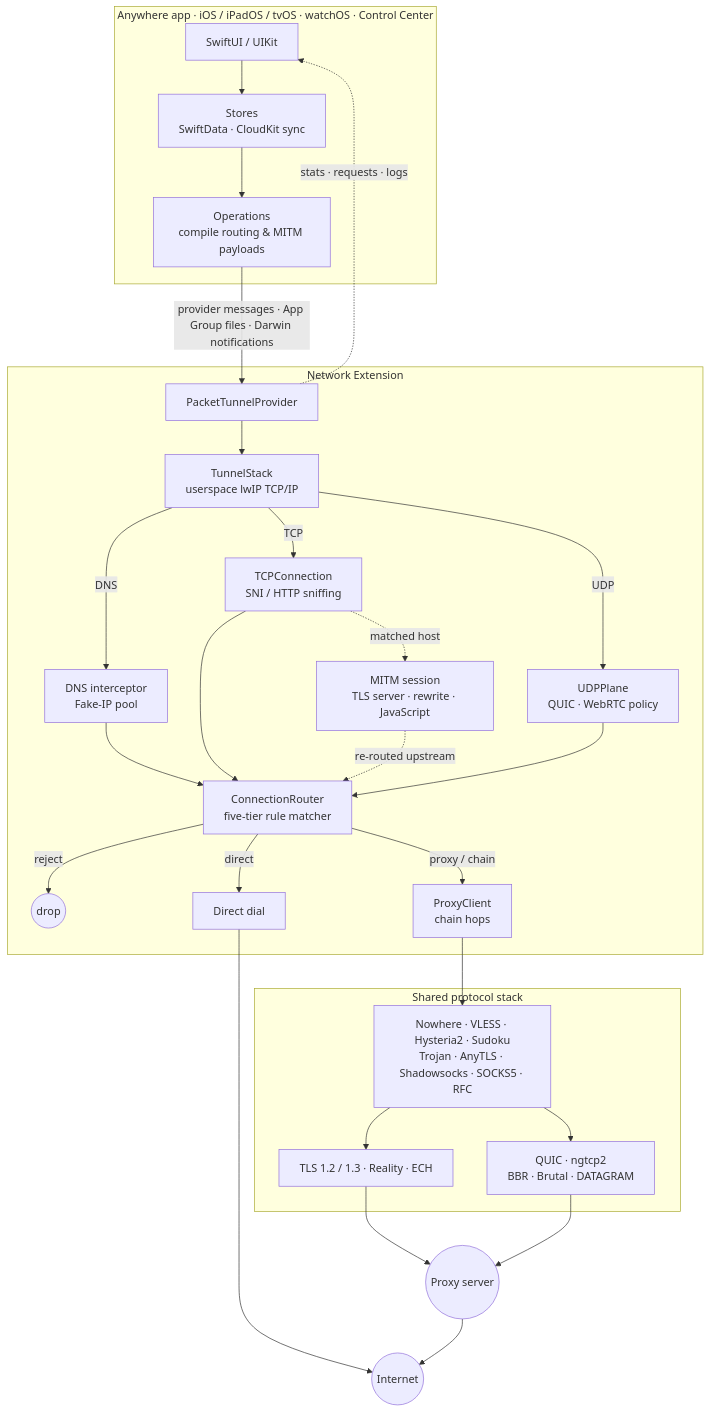
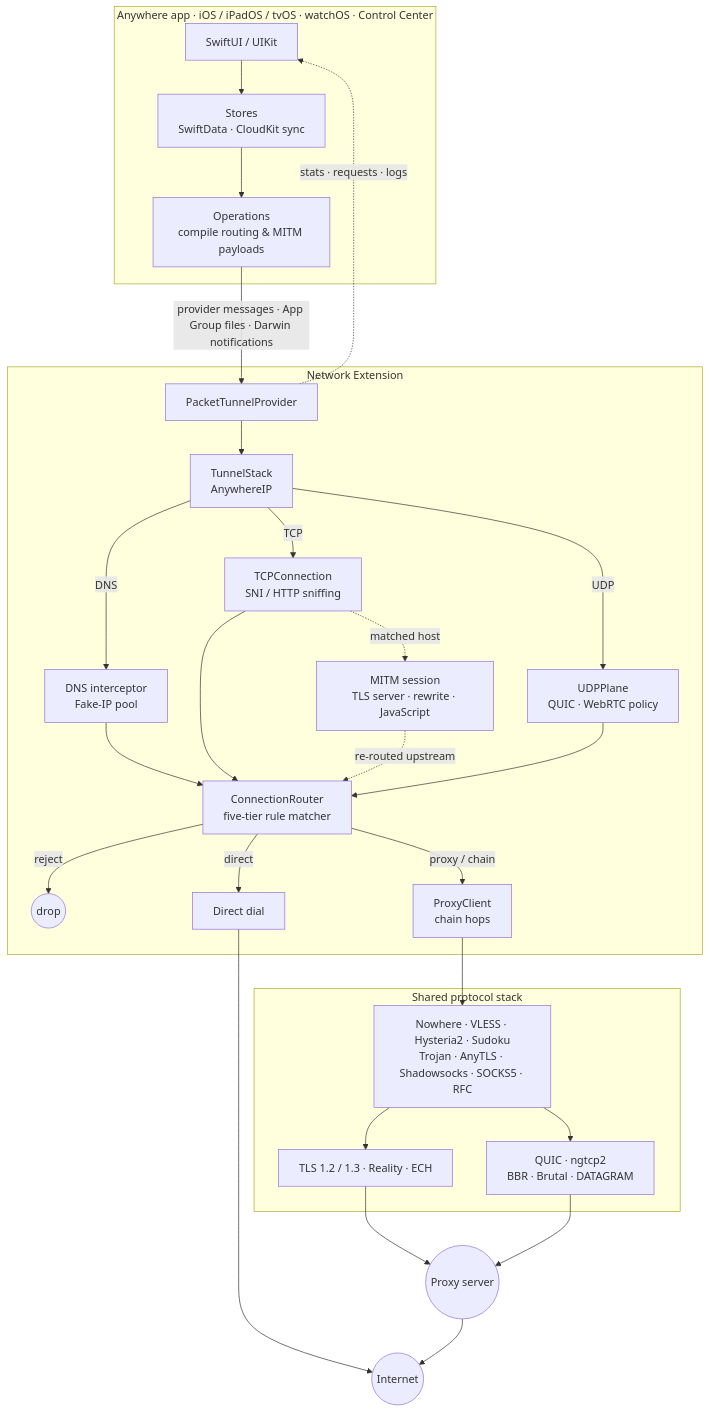
Before and after one commit to 6639835/Anywhere: the diagram in README.md, drawn with Mermaid. The commit also changed other lines of this file and 123 other files, not shown here.

````diff
--- a/README.md
+++ b/README.md
@@ -59,33 +59,33 @@
 ```mermaid
 flowchart TB
     subgraph APP["Anywhere app · iOS / iPadOS / tvOS · watchOS · Control Center"]
         UI["SwiftUI / UIKit"] --> STORES["Stores<br/>SwiftData · CloudKit sync"]
         STORES --> OPS["Operations<br/>compile routing & MITM payloads"]
     end
 
     OPS -- "provider messages · App Group files · Darwin notifications" --> PTP
     PTP -. "stats · requests · logs" .-> UI
 
     subgraph NE["Network Extension"]
-        PTP["PacketTunnelProvider"] --> STACK["TunnelStack<br/>userspace lwIP TCP/IP"]
+        PTP["PacketTunnelProvider"] --> STACK["TunnelStack<br/>AnywhereIP"]
         STACK -- "DNS" --> DNS["DNS interceptor<br/>Fake-IP pool"]
         STACK -- "TCP" --> TCP["TCPConnection<br/>SNI / HTTP sniffing"]
         STACK -- "UDP" --> UDP["UDPPlane<br/>QUIC · WebRTC policy"]
         DNS & TCP & UDP --> ROUTER["ConnectionRouter<br/>five-tier rule matcher"]
         ROUTER -- "reject" --> DROP(("drop"))
         ROUTER -- "direct" --> DIRECT["Direct dial"]
         ROUTER -- "proxy / chain" --> CLIENT["ProxyClient<br/>chain hops"]
         TCP -. "matched host" .-> MITM["MITM session<br/>TLS server · rewrite · JavaScript"]
         MITM -. "re-routed upstream" .-> ROUTER
     end
 
     subgraph PROTO["Shared protocol stack"]
         CLIENT --> OUT["Nowhere · VLESS · Hysteria2 · Sudoku<br/>Trojan · AnyTLS · Shadowsocks · SOCKS5 · RFC"]
         OUT --> TLS["TLS 1.2 / 1.3 · Reality · ECH"]
         OUT --> QUIC["QUIC · ngtcp2<br/>BBR · Brutal · DATAGRAM"]
     end
 
     TLS & QUIC --> SERVER(("Proxy server"))
     DIRECT --> INTERNET(("Internet"))
     SERVER --> INTERNET
 ```
````
